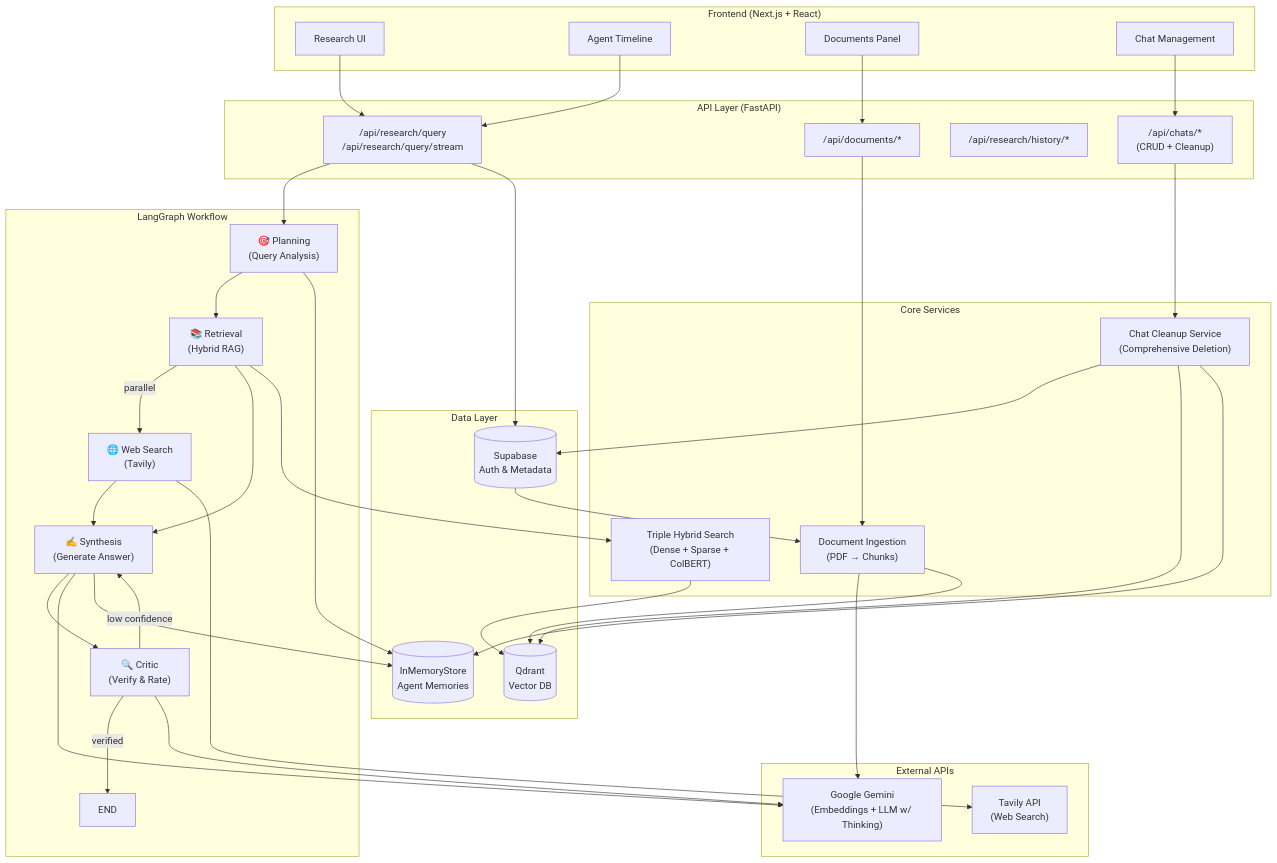
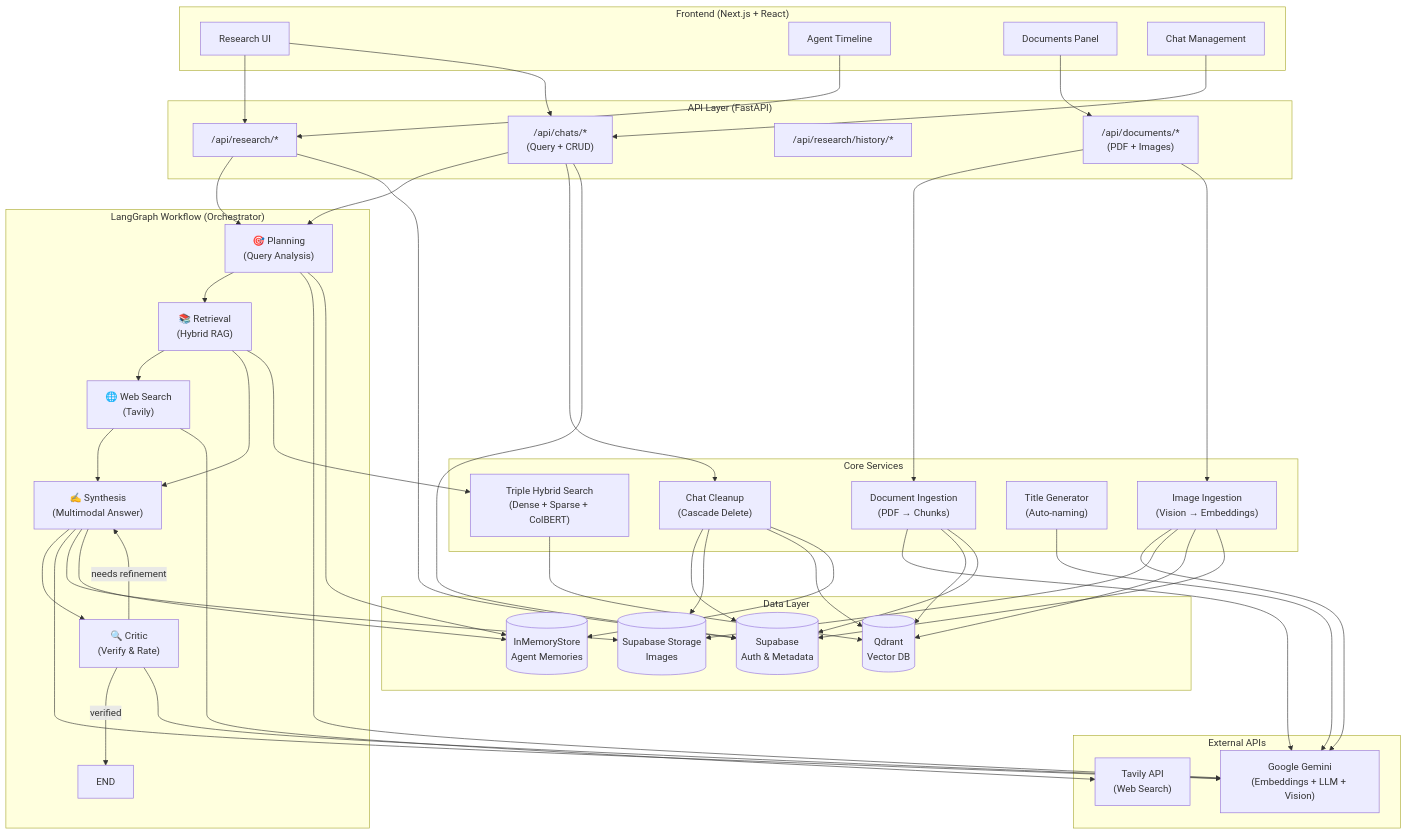
One commit to thornxyz/revera changed the diagram in README.md. Above: the diagram before and after it, drawn with Mermaid. The commit also changed other lines of this file and 10 other files, not shown here.

````diff
--- a/README.md
+++ b/README.md
@@ -14,68 +14,83 @@
     end
 
     subgraph API["API Layer (FastAPI)"]
-        ResearchAPI["/api/research/query<br/>/api/research/query/stream"]
-        DocumentsAPI["/api/documents/*"]
+        ResearchAPI["/api/research/*"]
+        DocumentsAPI["/api/documents/*<br/>(PDF + Images)"]
         HistoryAPI["/api/research/history/*"]
-        ChatsAPI["/api/chats/*<br/>(CRUD + Cleanup)"]
+        ChatsAPI["/api/chats/*<br/>(Query + CRUD)"]
     end
 
-    subgraph LangGraph["LangGraph Workflow"]
+    subgraph LangGraph["LangGraph Workflow (Orchestrator)"]
         Planner["🎯 Planning<br/>(Query Analysis)"]
         Retrieval["📚 Retrieval<br/>(Hybrid RAG)"]
         WebSearch["🌐 Web Search<br/>(Tavily)"]
-        Synthesis["✍️ Synthesis<br/>(Generate Answer)"]
+        Synthesis["✍️ Synthesis<br/>(Multimodal Answer)"]
         Critic["🔍 Critic<br/>(Verify & Rate)"]
         
         Planner --> Retrieval
-        Retrieval -->|parallel| WebSearch
+        Retrieval --> WebSearch
         Retrieval --> Synthesis
         WebSearch --> Synthesis
         Synthesis --> Critic
-        Critic -->|low confidence| Synthesis
+        Critic -->|needs refinement| Synthesis
         Critic -->|verified| End[END]
     end
 
     subgraph Services["Core Services"]
         Ingestion["Document Ingestion<br/>(PDF → Chunks)"]
+        ImageIngest["Image Ingestion<br/>(Vision → Embeddings)"]
         HybridRAG["Triple Hybrid Search<br/>(Dense + Sparse + ColBERT)"]
-        Cleanup["Chat Cleanup Service<br/>(Comprehensive Deletion)"]
+        TitleGen["Title Generator<br/>(Auto-naming)"]
+        Cleanup["Chat Cleanup<br/>(Cascade Delete)"]
     end
 
     subgraph External["External APIs"]
-        Gemini["Google Gemini<br/>(Embeddings + LLM w/ Thinking)"]
+        Gemini["Google Gemini<br/>(Embeddings + LLM + Vision)"]
         Tavily["Tavily API<br/>(Web Search)"]
     end
 
     subgraph Data["Data Layer"]
         Supabase[(Supabase<br/>Auth & Metadata)]
+        Storage[(Supabase Storage<br/>Images)]
         Qdrant[(Qdrant<br/>Vector DB)]
         Memory[(InMemoryStore<br/>Agent Memories)]
     end
 
     UI --> ResearchAPI
+    UI --> ChatsAPI
     DocPanel --> DocumentsAPI
     Timeline --> ResearchAPI
     ChatList --> ChatsAPI
     
     ResearchAPI --> Planner
+    ChatsAPI --> Planner
     DocumentsAPI --> Ingestion
+    DocumentsAPI --> ImageIngest
     ChatsAPI --> Cleanup
     
+    Planner --> Gemini
     Retrieval --> HybridRAG
     WebSearch --> Tavily
+    Synthesis --> Gemini
+    Critic --> Gemini
     
     HybridRAG --> Qdrant
     Ingestion --> Gemini
     Ingestion --> Qdrant
-    Synthesis --> Gemini
-    Critic --> Gemini
+    Ingestion --> Supabase
+    ImageIngest --> Gemini
+    ImageIngest --> Storage
+    ImageIngest --> Qdrant
+    ImageIngest --> Supabase
+    Synthesis --> Storage
     Planner --> Memory
     Synthesis --> Memory
+    TitleGen --> Gemini
     
     Cleanup --> Supabase
+    Cleanup --> Storage
     Cleanup --> Qdrant
     Cleanup --> Memory
-    Supabase --> Ingestion
     ResearchAPI --> Supabase
+    ChatsAPI --> Supabase
 ```
````
